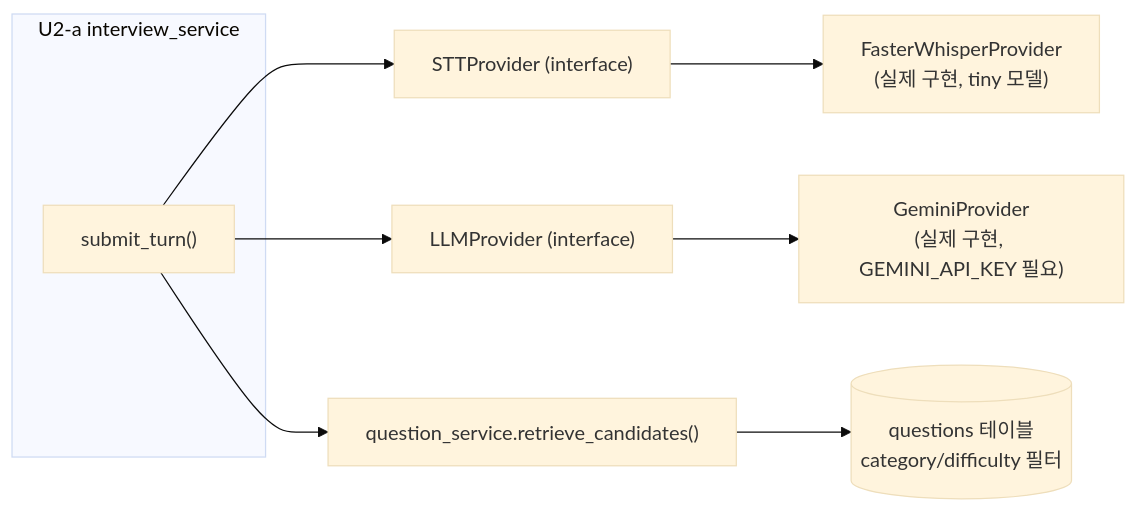
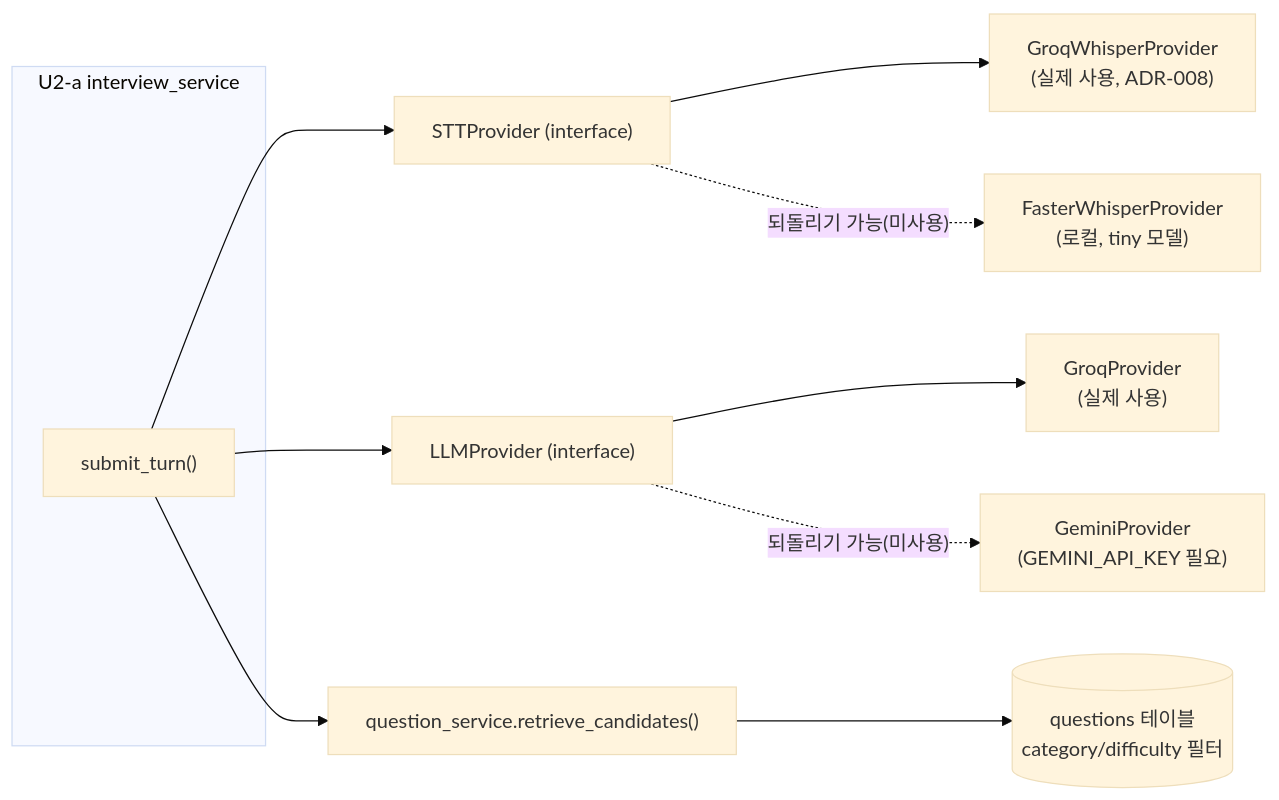
One commit to jcs19752510-ui/final-project changed the diagram in docs/trd/aimock_u3a_trd.md. Above: the diagram before and after it, drawn with Mermaid (base theme). The commit also changed other lines of this file and 22 other files, not shown here.

````diff
--- a/docs/trd/aimock_u3a_trd.md
+++ b/docs/trd/aimock_u3a_trd.md
@@ -20,12 +23,14 @@
 ```mermaid
 flowchart LR
     subgraph U2a["U2-a interview_service"]
         S["submit_turn()"]
     end
     S --> STTI["STTProvider (interface)"]
-    STTI --> STTReal["FasterWhisperProvider<br/>(실제 구현, tiny 모델)"]
+    STTI --> STTReal["GroqWhisperProvider<br/>(실제 사용, ADR-008)"]
+    STTI -. "되돌리기 가능(미사용)" .-> STTOld["FasterWhisperProvider<br/>(로컬, tiny 모델)"]
     S --> LLMI["LLMProvider (interface)"]
-    LLMI --> LLMReal["GeminiProvider<br/>(실제 구현, GEMINI_API_KEY 필요)"]
+    LLMI --> LLMReal["GroqProvider<br/>(실제 사용)"]
+    LLMI -. "되돌리기 가능(미사용)" .-> LLMOld["GeminiProvider<br/>(GEMINI_API_KEY 필요)"]
     S --> RAG["question_service.retrieve_candidates()"]
     RAG --> QDB[("questions 테이블<br/>category/difficulty 필터")]
 ```
````
